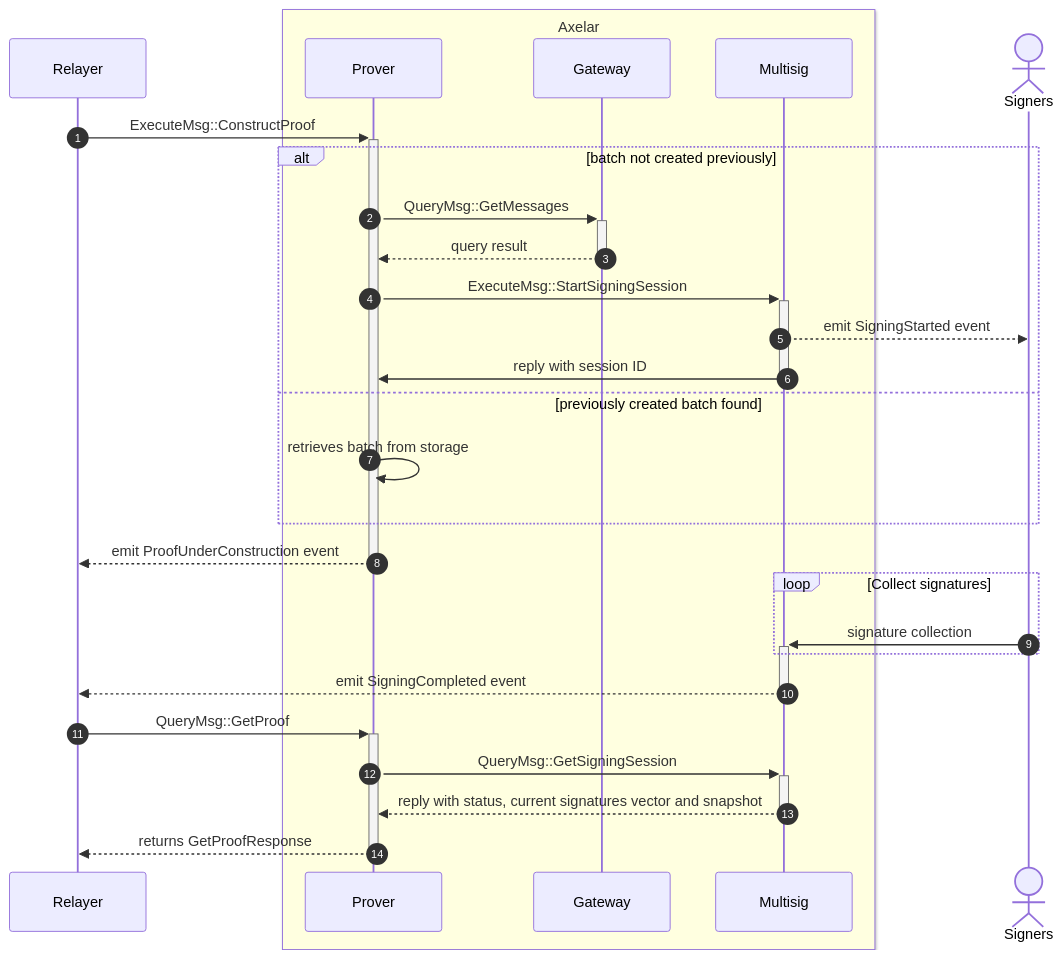
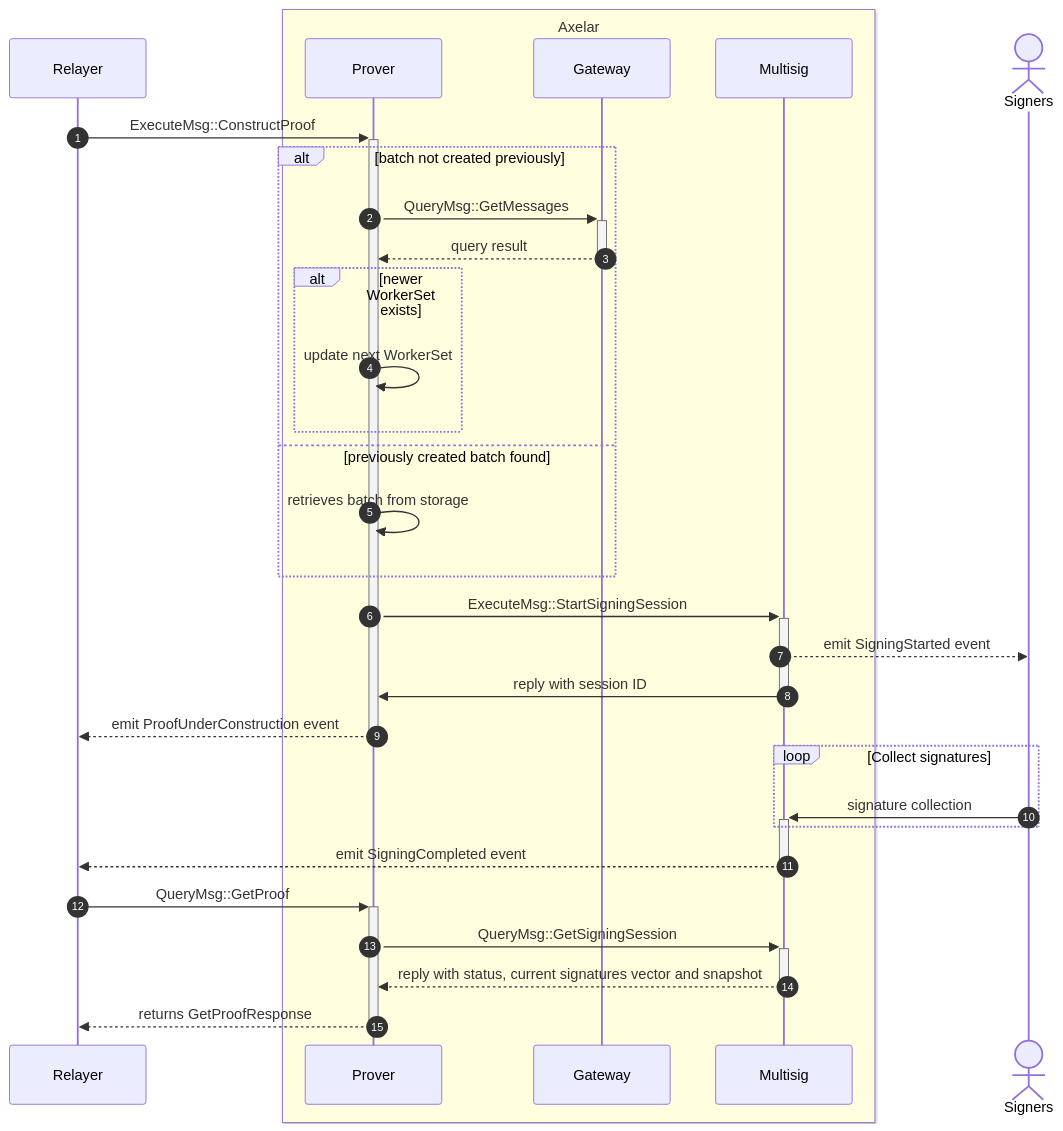
Before and after one commit to kadev2176/axelar-amplifier: the second of 4 diagrams in doc/src/contracts/multisig_prover.md, drawn with Mermaid. The commit also changed other lines of this file and 1 other file, not shown here.

First line of the commit message:
docs(multisig-prover): write documentation on how WorkerSets are updated and confirmed (#191)

````diff
--- a/doc/src/contracts/multisig_prover.md
+++ b/doc/src/contracts/multisig_prover.md
@@ -29,32 +76,35 @@
 ```mermaid
 sequenceDiagram
 autonumber
 participant Relayer
 box LightYellow Axelar
 participant Prover
 participant Gateway
 participant Multisig
 end
 actor Signers
 
 Relayer->>+Prover: ExecuteMsg::ConstructProof
 alt batch not created previously
   Prover->>+Gateway: QueryMsg::GetMessages
   Gateway-->>-Prover: query result
-  Prover->>+Multisig: ExecuteMsg::StartSigningSession
-  Multisig-->>Signers: emit SigningStarted event
-  Multisig->>-Prover: reply with session ID
+  alt newer WorkerSet exists
+    Prover->>Prover: update next WorkerSet
+  end
 else previously created batch found
   Prover->>Prover: retrieves batch from storage
 end
+Prover->>+Multisig: ExecuteMsg::StartSigningSession
+Multisig-->>Signers: emit SigningStarted event
+Multisig->>-Prover: reply with session ID
 Prover-->>Relayer: emit ProofUnderConstruction event
 deactivate Prover
 loop Collect signatures
 	Signers->>+Multisig: signature collection
 end
 Multisig-->>-Relayer: emit SigningCompleted event
 Relayer->>+Prover: QueryMsg::GetProof
 Prover->>+Multisig: QueryMsg::GetSigningSession
 Multisig-->>-Prover: reply with status, current signatures vector and snapshot
 Prover-->>-Relayer: returns GetProofResponse
 ```
````
